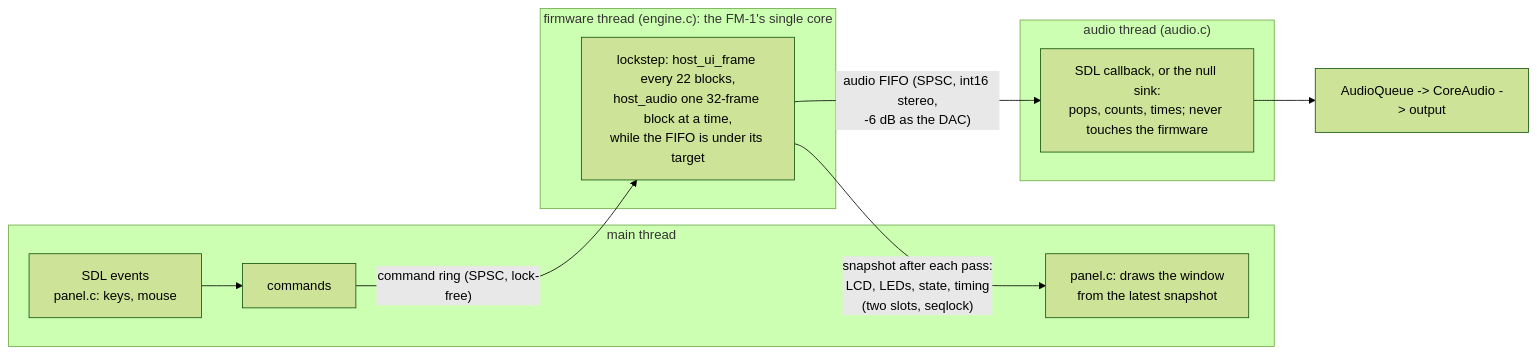
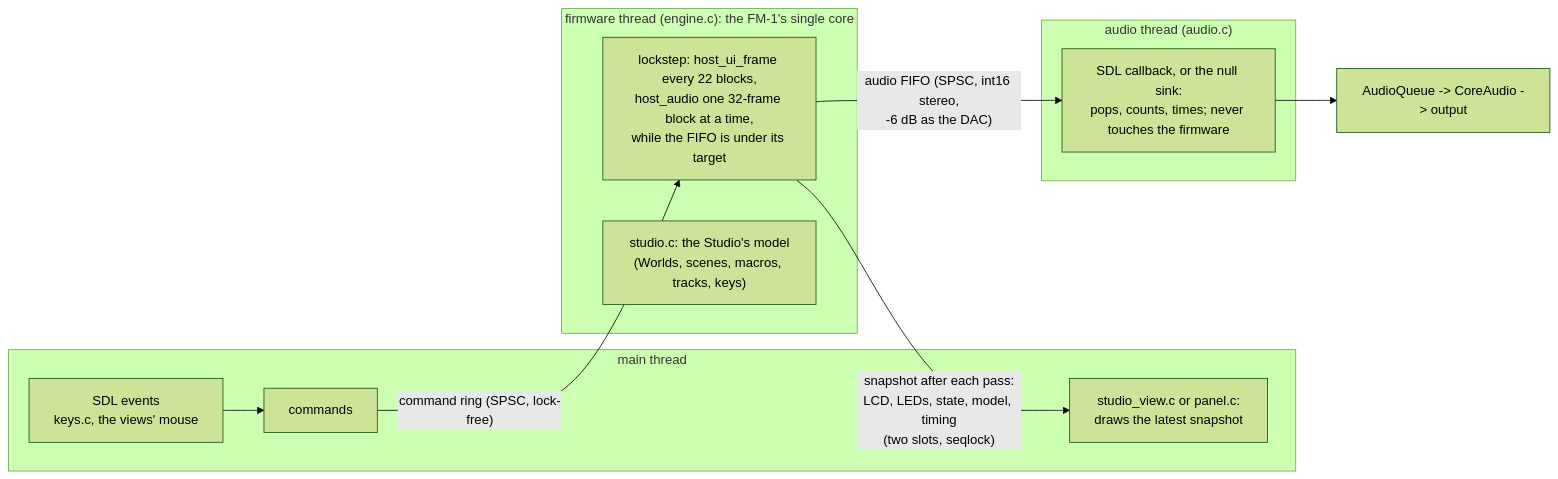
The diagram in docs/simulator.md (zakariachowdhury/flowstate-fm1), drawn with Mermaid (forest theme) before and after one commit. The commit also changed other lines of this file and 2 other files, not shown here.

Commit message:
docs: document the Studio view, with a screenshot

````diff
--- a/docs/simulator.md
+++ b/docs/simulator.md
@@ -86,17 +123,18 @@
 ```mermaid
 flowchart LR
   subgraph MAIN["main thread"]
-    EV["SDL events<br/>panel.c: keys, mouse"] --> CMD["commands"]
-    DRAW["panel.c: draws the window<br/>from the latest snapshot"]
+    EV["SDL events<br/>keys.c, the views' mouse"] --> CMD["commands"]
+    DRAW["studio_view.c or panel.c:<br/>draws the latest snapshot"]
   end
   subgraph FW["firmware thread (engine.c): the FM-1's single core"]
     LOOP["lockstep: host_ui_frame every 22 blocks,<br/>host_audio one 32-frame block at a time,<br/>while the FIFO is under its target"]
+    MODEL["studio.c: the Studio's model<br/>(Worlds, scenes, macros, tracks, keys)"]
   end
   subgraph SINK["audio thread (audio.c)"]
     CB["SDL callback, or the null sink:<br/>pops, counts, times; never touches the firmware"]
   end
   CMD -- "command ring (SPSC, lock-free)" --> LOOP
-  LOOP -- "snapshot after each pass:<br/>LCD, LEDs, state, timing<br/>(two slots, seqlock)" --> DRAW
+  LOOP -- "snapshot after each pass:<br/>LCD, LEDs, state, model, timing<br/>(two slots, seqlock)" --> DRAW
   LOOP -- "audio FIFO (SPSC, int16 stereo,<br/>-6 dB as the DAC)" --> CB
   CB --> OUT["AudioQueue -> CoreAudio -> output"]
 ```
````
